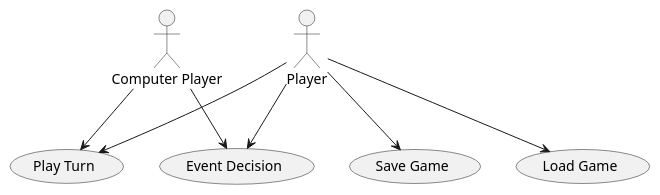
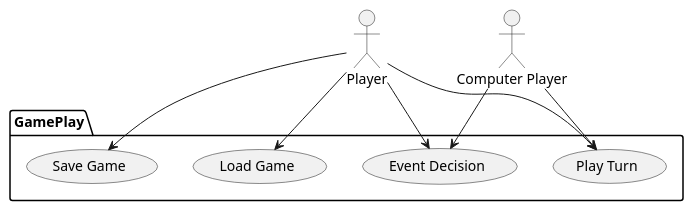
One commit to CSE-362-2025/BoardGameProject changed the diagram in diagrams/use_case_diagram.puml. Above: the diagram before and after it, drawn with PlantUML.

Commit message:
use case final?

```diff
--- a/diagrams/use_case_diagram.puml
+++ b/diagrams/use_case_diagram.puml
@@ -1,20 +1,23 @@
 @startuml Use Case Diagram
 
 :Player: as p
 :Computer Player: as cp
 
-(Play Turn) as pt
-(Save Game) as sg
-(Load Game) as lg
-(Event Decision) as ed
+package GamePlay{
+    (Play Turn) as pt
+    (Save Game) as sg
+    (Load Game) as lg
+    (Event Decision) as ed
+}
+
 
 p --> pt
 p --> ed
 p --> lg
 p --> sg
 
 cp --> ed
 cp --> pt
 
 
 @enduml
```
